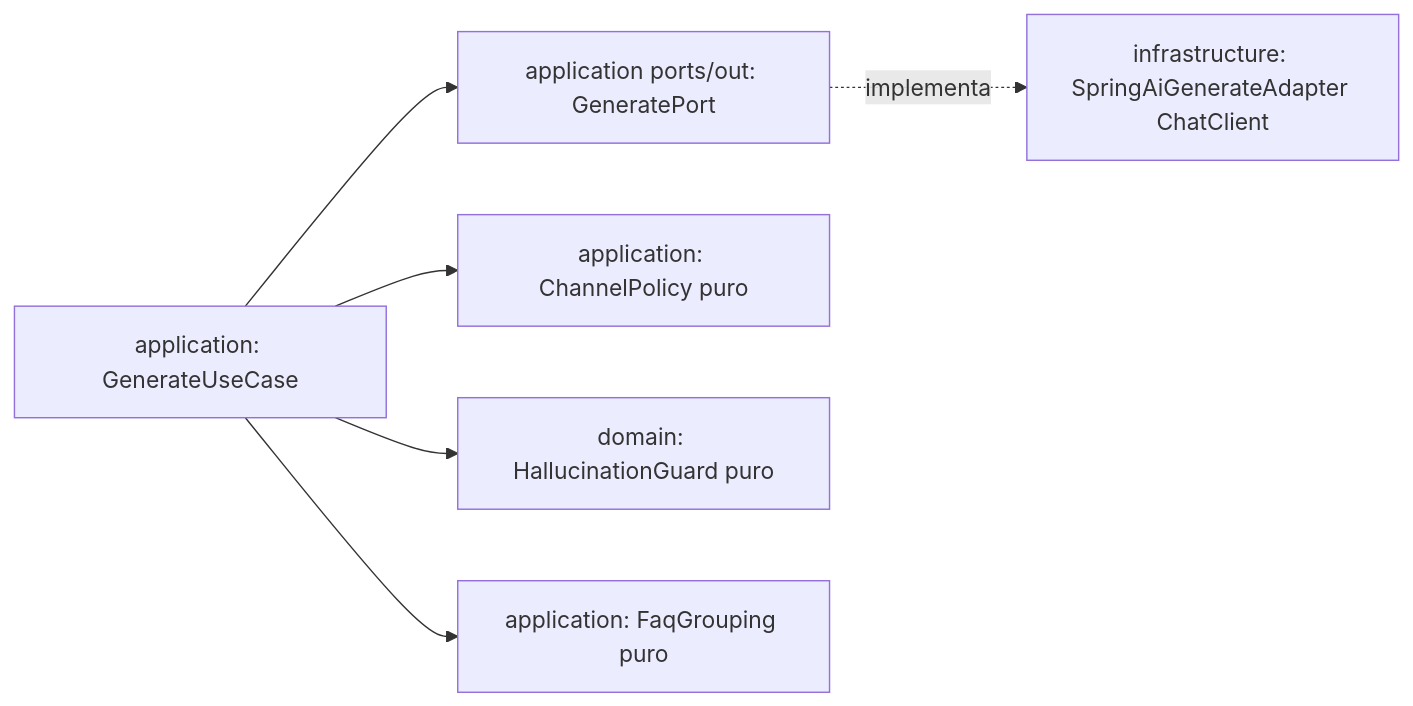
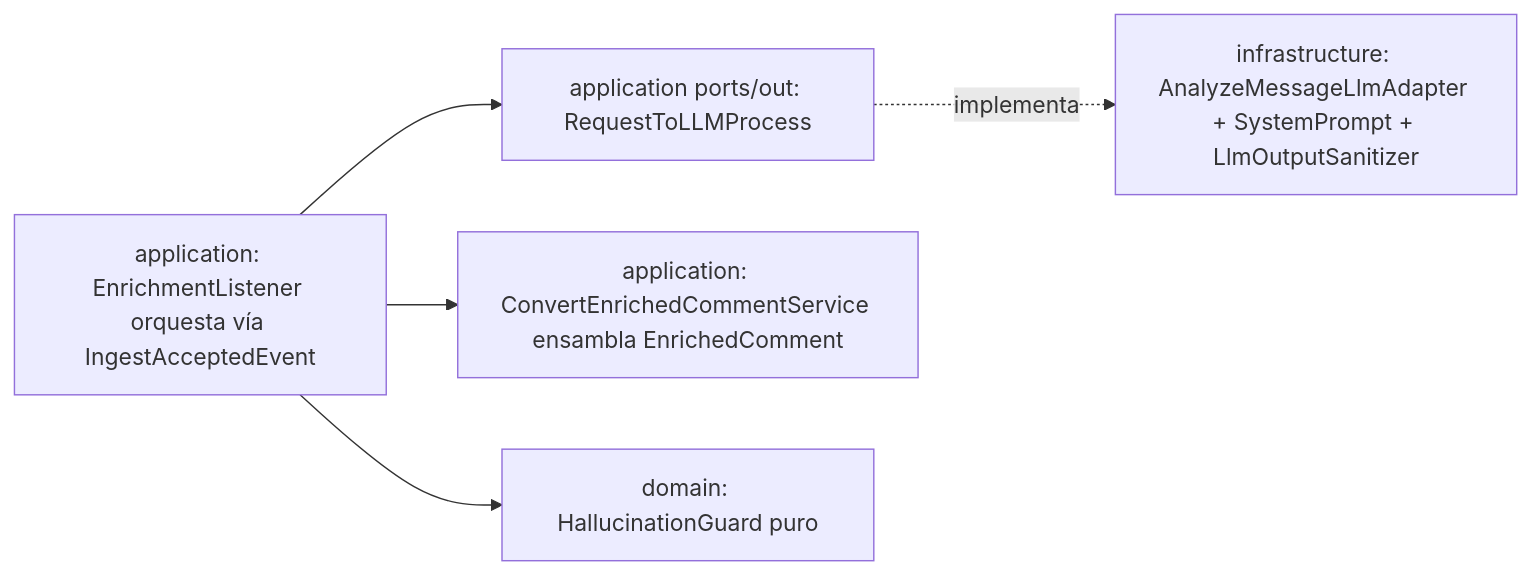
One commit to No-Country-simulation/G-10-CommunityLab-equipo-3 changed the diagram in docs/sdd/specs/003-generacion-multicanal/plan.md. Above: the diagram before and after it, drawn with Mermaid. The commit also changed other lines of this file and 48 other files, not shown here.

````diff
--- a/docs/sdd/specs/003-generacion-multicanal/plan.md
+++ b/docs/sdd/specs/003-generacion-multicanal/plan.md
@@ -8,8 +8,7 @@
 ```mermaid
 flowchart LR
-  UC[application: GenerateUseCase] --> GP[application ports/out: GeneratePort]
-  GP -.implementa.-> SAI[infrastructure: SpringAiGenerateAdapter ChatClient]
-  UC --> CP[application: ChannelPolicy puro]
-  UC --> HG[domain: HallucinationGuard puro]
-  UC --> FR[application: FaqGrouping puro]
+  L[application: EnrichmentListener orquesta vía IngestAcceptedEvent] --> AP[application ports/out: RequestToLLMProcess]
+  AP -.implementa.-> SAI[infrastructure: AnalyzeMessageLlmAdapter + SystemPrompt + LlmOutputSanitizer]
+  L --> CV[application: ConvertEnrichedCommentService ensambla EnrichedComment]
+  L --> HG[domain: HallucinationGuard puro]
 ```
````
